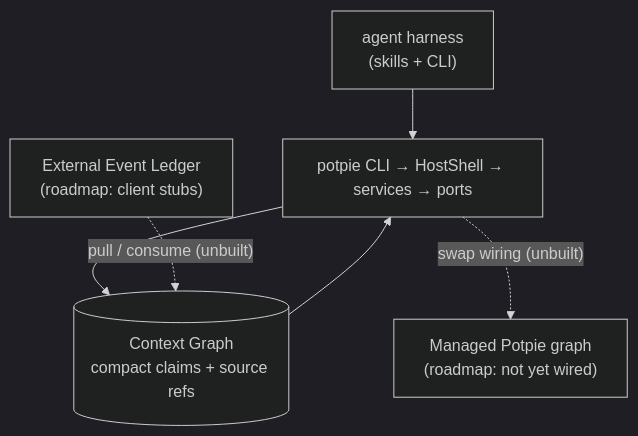
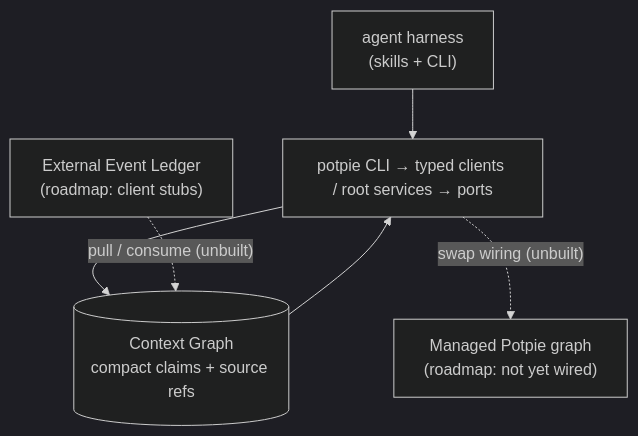
One commit to potpie-ai/potpie changed the second of 2 diagrams in docs/context-graph/vision.md. Above: the diagram before and after it, drawn with Mermaid (dark theme). The commit also changed other lines of this file and 687 other files, not shown here.

````diff
--- a/docs/context-graph/vision.md
+++ b/docs/context-graph/vision.md
@@ -105,14 +105,14 @@
 ```mermaid
 flowchart TB
   cg_agent["agent harness<br/>(skills + CLI)"]
-  cg_cli["potpie CLI → HostShell → services → ports"]
+  cg_cli["potpie CLI → typed clients / root services → ports"]
   cg_graph[("Context Graph<br/>compact claims + source refs")]
   cg_managed["Managed Potpie graph<br/>(roadmap: not yet wired)"]
   cg_ledger["External Event Ledger<br/>(roadmap: client stubs)"]
 
   cg_agent --> cg_cli
   cg_cli --> cg_graph
   cg_graph --> cg_cli
   cg_cli -. "swap wiring (unbuilt)" .-> cg_managed
   cg_ledger -. "pull / consume (unbuilt)" .-> cg_graph
 ```
````
